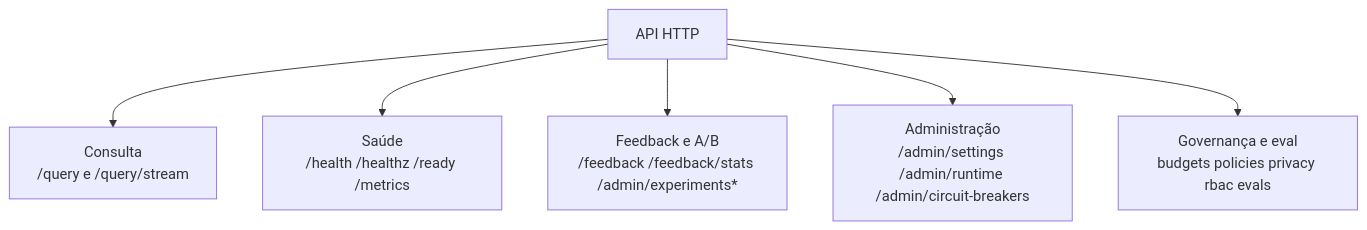
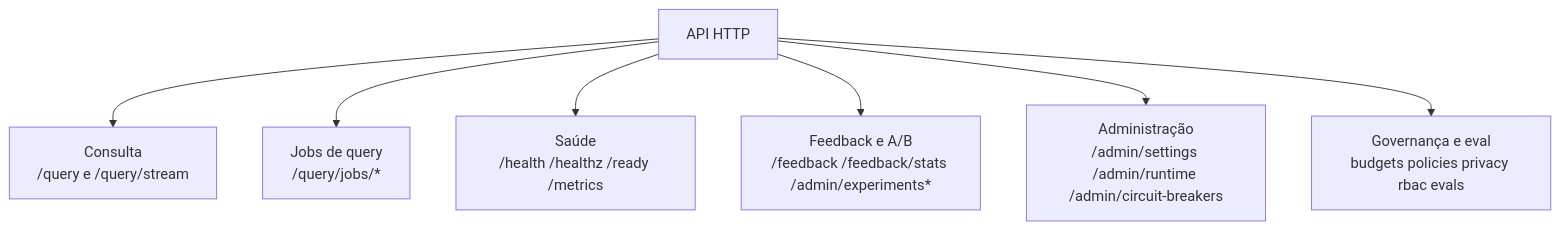
One commit to jeffersonduartebr/iag_forall changed the first of 3 diagrams in docs/API.md. Above: the diagram before and after it, drawn with Mermaid. The commit also changed other lines of this file and 3 other files, not shown here.

First line of the commit message:
docs: refresh diagrams for async query flow and new response contract

````diff
--- a/docs/API.md
+++ b/docs/API.md
@@ -11,15 +11,17 @@
 ```mermaid
 flowchart TD
     API[API HTTP]
     Query[Consulta<br/>/query e /query/stream]
+    Jobs[Jobs de query<br/>/query/jobs/*]
     Health[Saúde<br/>/health /healthz /ready /metrics]
     Feedback[Feedback e A/B<br/>/feedback /feedback/stats /admin/experiments*]
     Admin[Administração<br/>/admin/settings /admin/runtime /admin/circuit-breakers]
     Gov[Governança e eval<br/>budgets policies privacy rbac evals]
 
     API --> Query
+    API --> Jobs
     API --> Health
     API --> Feedback
     API --> Admin
     API --> Gov
 ```
````
